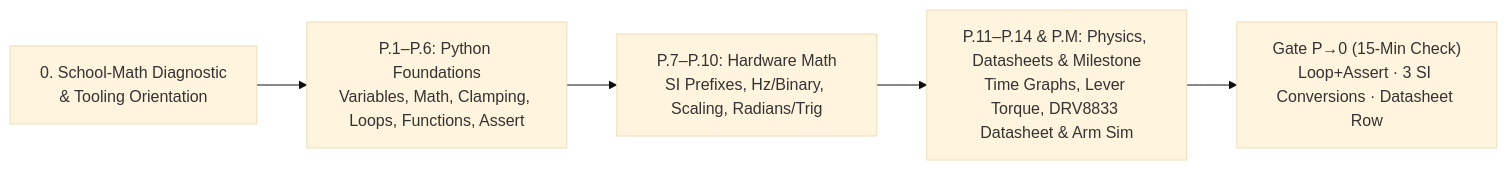
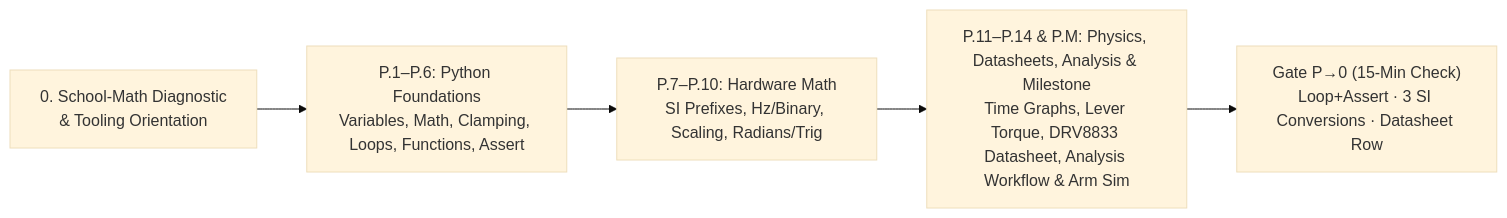
The diagram in track-p/README.md (TLE47/Mechatronics-Roadmap), drawn with Mermaid (base theme) before and after one commit. The commit also changed other lines of this file and 3 other files, not shown here.

````diff
--- a/track-p/README.md
+++ b/track-p/README.md
@@ -5,7 +5,7 @@
 ```mermaid
 flowchart LR
     Diag["0. School-Math Diagnostic<br/>& Tooling Orientation"] --> Py["P.1–P.6: Python Foundations<br/>Variables, Math, Clamping, Loops, Functions, Assert"]
     Py --> Math["P.7–P.10: Hardware Math<br/>SI Prefixes, Hz/Binary, Scaling, Radians/Trig"]
-    Math --> Phys["P.11–P.14 & P.M: Physics, Datasheets & Milestone<br/>Time Graphs, Lever Torque, DRV8833 Datasheet & Arm Sim"]
+    Math -->     Phys["P.11–P.14 & P.M: Physics, Datasheets, Analysis & Milestone<br/>Time Graphs, Lever Torque, DRV8833 Datasheet, Analysis Workflow & Arm Sim"]
     Phys --> GateP0["Gate P→0 (15-Min Check)<br/>Loop+Assert · 3 SI Conversions · Datasheet Row"]
 ```
````
